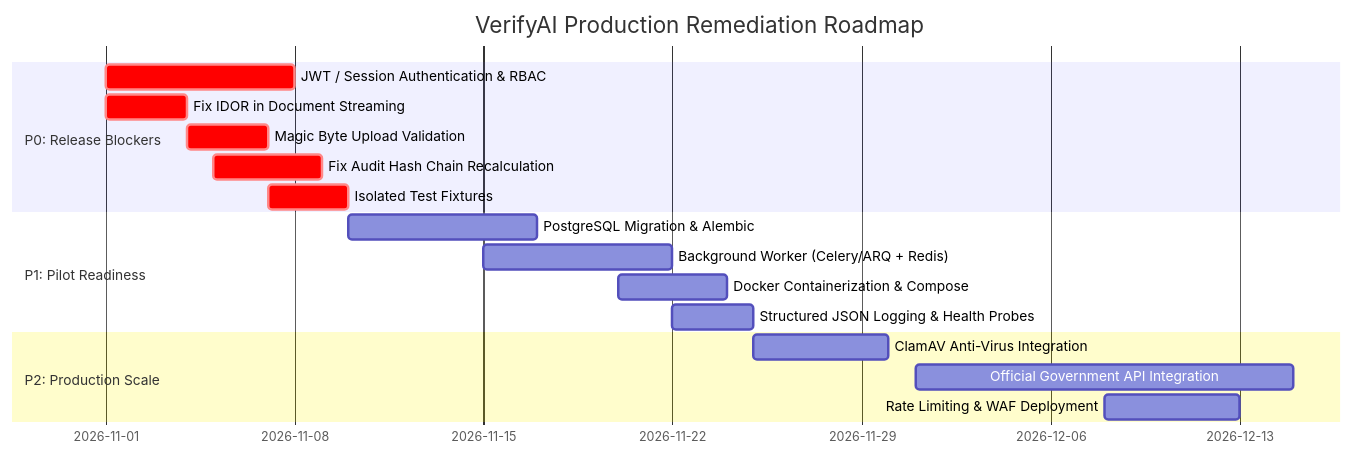
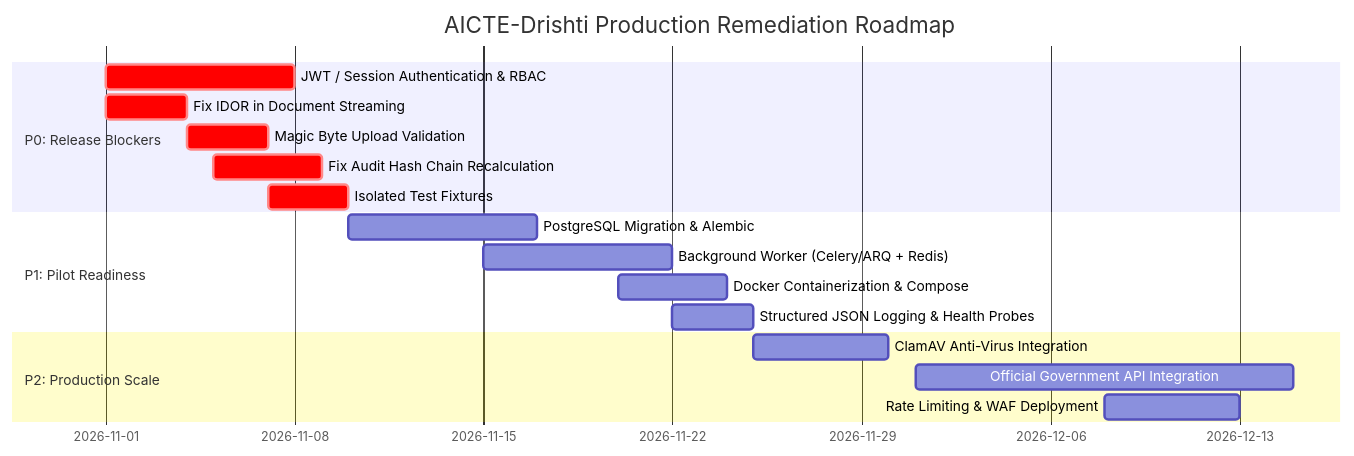
One commit to IndiraKeerthana/AICTE-Drishti changed the second of 2 diagrams in PRODUCTION_READINESS_AUDIT.md. Above: the diagram before and after it, drawn with Mermaid. The commit also changed other lines of this file and 32 other files, not shown here.

````diff
--- a/PRODUCTION_READINESS_AUDIT.md
+++ b/PRODUCTION_READINESS_AUDIT.md
@@ -361,20 +361,20 @@
 ```mermaid
 gantt
-    title VerifyAI Production Remediation Roadmap
+    title AICTE-Drishti Production Remediation Roadmap
     dateFormat  YYYY-MM-DD
     section P0: Release Blockers
     JWT / Session Authentication & RBAC       :crit, p0_1, 2026-11-01, 7d
     Fix IDOR in Document Streaming            :crit, p0_2, 2026-11-01, 3d
     Magic Byte Upload Validation              :crit, p0_3, 2026-11-04, 3d
     Fix Audit Hash Chain Recalculation        :crit, p0_4, 2026-11-05, 4d
     Isolated Test Fixtures                    :crit, p0_5, 2026-11-07, 3d
     section P1: Pilot Readiness
     PostgreSQL Migration & Alembic            :p1_1, 2026-11-10, 7d
     Background Worker (Celery/ARQ + Redis)   :p1_2, 2026-11-15, 7d
     Docker Containerization & Compose         :p1_3, 2026-11-20, 4d
     Structured JSON Logging & Health Probes   :p1_4, 2026-11-22, 3d
     section P2: Production Scale
     ClamAV Anti-Virus Integration             :p2_1, 2026-11-25, 5d
     Official Government API Integration       :p2_2, 2026-12-01, 14d
     Rate Limiting & WAF Deployment            :p2_3, 2026-12-08, 5d
 ```
````
